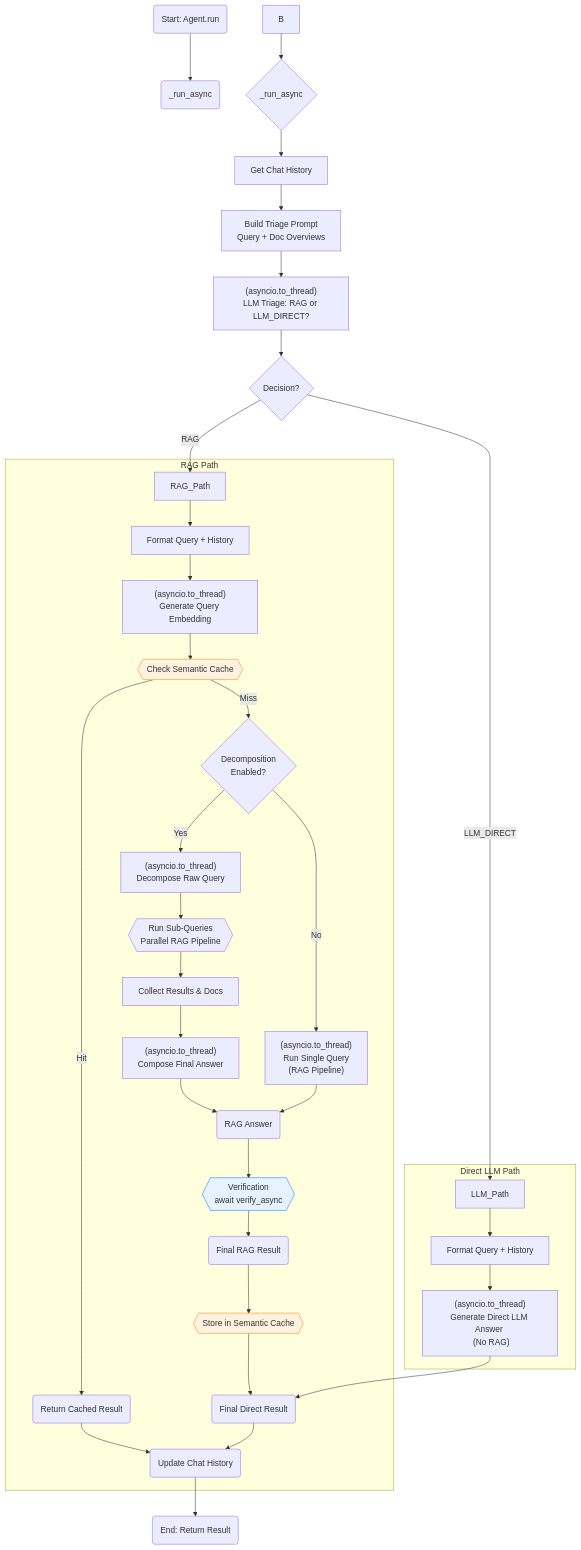
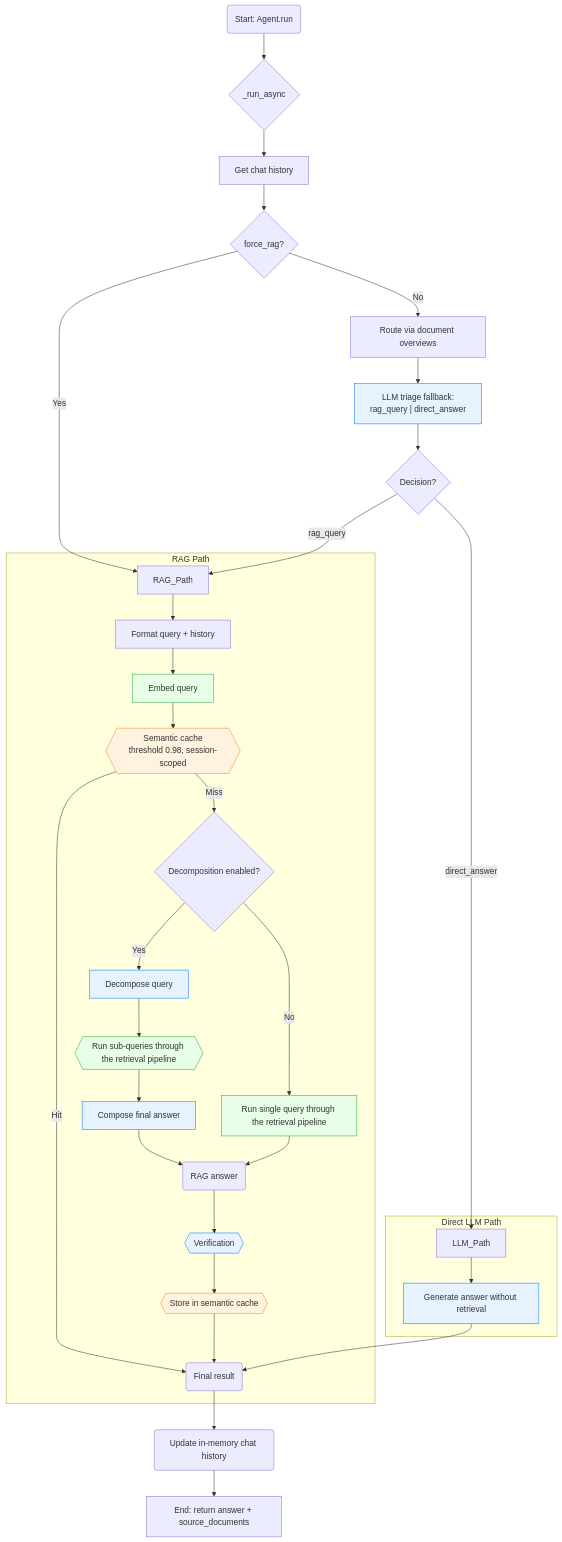
The second of 2 diagrams in README.md (PromtEngineer/localGPT), drawn with Mermaid before and after one commit. The commit also changed other lines of this file and 110 other files, not shown here.

````diff
--- a/README.md
+++ b/README.md
@@ -776,51 +824,46 @@
 ```mermaid
 graph TD
     classDef llmcall fill:#e6f3ff,stroke:#007bff;
     classDef pipeline fill:#e6ffe6,stroke:#28a745;
     classDef cache fill:#fff3e0,stroke:#fd7e14;
-    classDef logic fill:#f8f9fa,stroke:#6c757d;
-    classDef thread stroke-dasharray: 5 5;
 
-    A(Start: Agent.run) --> B_asyncio.run(_run_async);
-    B --> C{_run_async};
+    A(Start: Agent.run) --> C{_run_async};
 
-    C --> C1[Get Chat History];
-    C1 --> T1[Build Triage Prompt <br/> Query + Doc Overviews ];
-    T1 --> T2["(asyncio.to_thread)<br/>LLM Triage: RAG or LLM_DIRECT?"]; class T2 llmcall,thread;
+    C --> C1[Get chat history];
+    C1 --> T0{force_rag?};
+    T0 -- Yes --> RAG_Path;
+    T0 -- No --> T1[Route via document overviews];
+    T1 --> T2["LLM triage fallback:<br/>rag_query | direct_answer"]; class T2 llmcall;
     T2 --> T3{Decision?};
 
-    T3 -- RAG --> RAG_Path;
-    T3 -- LLM_DIRECT --> LLM_Path;
+    T3 -- rag_query --> RAG_Path;
+    T3 -- direct_answer --> LLM_Path;
 
     subgraph RAG Path
-        RAG_Path --> R1[Format Query + History];
-        R1 --> R2["(asyncio.to_thread)<br/>Generate Query Embedding"]; class R2 pipeline,thread;
-        R2 --> R3{{Check Semantic Cache}}; class R3 cache;
-        R3 -- Hit --> R_Cache_Hit(Return Cached Result);
-        R_Cache_Hit --> R_Hist_Update;
-        R3 -- Miss --> R4{Decomposition <br/> Enabled?};
+        RAG_Path --> R1[Format query + history];
+        R1 --> R2[Embed query]; class R2 pipeline;
+        R2 --> R3{{Semantic cache<br/>threshold 0.98, session-scoped}}; class R3 cache;
+        R3 -- Hit --> FinalResult;
+        R3 -- Miss --> R4{Decomposition enabled?};
 
-        R4 -- Yes --> R5["(asyncio.to_thread)<br/>Decompose Raw Query"]; class R5 llmcall,thread;
-        R5 --> R6{{Run Sub-Queries <br/> Parallel RAG Pipeline}}; class R6 pipeline,thread;
-        R6 --> R7[Collect Results & Docs];
-        R7 --> R8["(asyncio.to_thread)<br/>Compose Final Answer"]; class R8 llmcall,thread;
-        R8 --> V1(RAG Answer);
+        R4 -- Yes --> R5[Decompose query]; class R5 llmcall;
+        R5 --> R6{{Run sub-queries through the retrieval pipeline}}; class R6 pipeline;
+        R6 --> R8[Compose final answer]; class R8 llmcall;
+        R8 --> V1(RAG answer);
 
-        R4 -- No --> R9["(asyncio.to_thread)<br/>Run Single Query <br/>(RAG Pipeline)"]; class R9 pipeline,thread;
+        R4 -- No --> R9[Run single query through the retrieval pipeline]; class R9 pipeline;
         R9 --> V1;
 
-        V1 --> V2{{Verification <br/> await verify_async}}; class V2 llmcall;
-        V2 --> V3(Final RAG Result);
-        V3 --> R_Cache_Store{{Store in Semantic Cache}}; class R_Cache_Store cache;
+        V1 --> V2{{Verification}}; class V2 llmcall;
+        V2 --> R_Cache_Store{{Store in semantic cache}}; class R_Cache_Store cache;
         R_Cache_Store --> FinalResult;
     end
 
     subgraph Direct LLM Path
-        LLM_Path --> L1[Format Query + History];
-        L1 --> L2["(asyncio.to_thread)<br/>Generate Direct LLM Answer <br/> (No RAG)"]; class L2 llmcall,thread;
-        L2 --> FinalResult(Final Direct Result);
+        LLM_Path --> L2[Generate answer without retrieval]; class L2 llmcall;
+        L2 --> FinalResult(Final result);
     end
 
-    FinalResult --> R_Hist_Update(Update Chat History);
-    R_Hist_Update --> ZZZ(End: Return Result);
+    FinalResult --> R_Hist_Update(Update in-memory chat history);
+    R_Hist_Update --> ZZZ["End: return answer + source_documents"];
 ```
````
